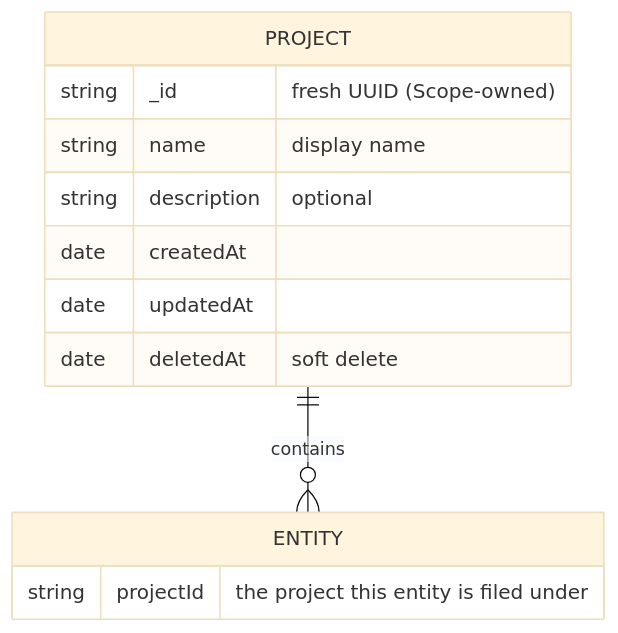
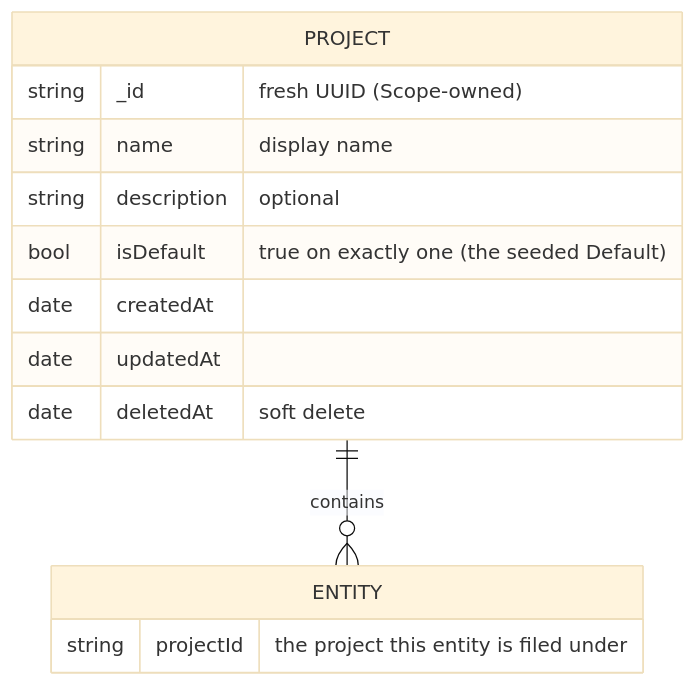
One commit to Gile987/scope changed the first of 3 diagrams in docs/architecture/data-organization-projects.md. Above: the diagram before and after it, drawn with Mermaid (base theme). The commit also changed other lines of this file, not shown here.

First line of the commit message:
docs: seed Default project with a generated id + isDefault flag

````diff
--- a/docs/architecture/data-organization-projects.md
+++ b/docs/architecture/data-organization-projects.md
@@ -159,16 +159,17 @@
 ```mermaid
 erDiagram
     PROJECT ||--o{ ENTITY : contains
 
     PROJECT {
         string _id "fresh UUID (Scope-owned)"
         string name "display name"
         string description "optional"
+        bool   isDefault "true on exactly one (the seeded Default)"
         date   createdAt
         date   updatedAt
         date   deletedAt "soft delete"
     }
     ENTITY {
         string projectId "the project this entity is filed under"
     }
 ```
````
